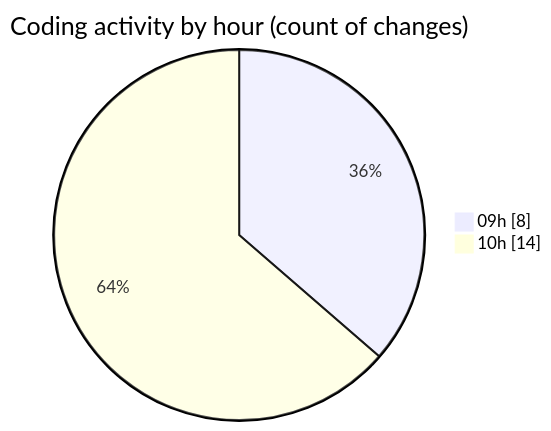
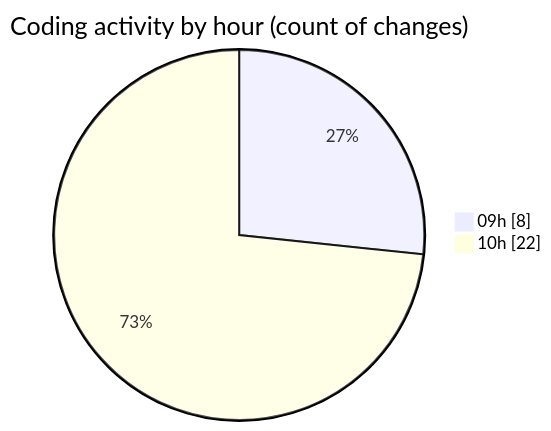
One commit to momahboobian/code-tracking changed the second of 2 diagrams in 2025-09-01/cda/README.md. Above: the diagram before and after it, drawn with Mermaid. The commit also changed other lines of this file and 1 other file, not shown here.

````diff
--- a/2025-09-01/cda/README.md
+++ b/2025-09-01/cda/README.md
@@ -35,6 +35,6 @@
 ```mermaid
 pie showData
 title Coding activity by hour (count of changes)
 "09h" : 8
-"10h" : 14
+"10h" : 22
 ```
````
